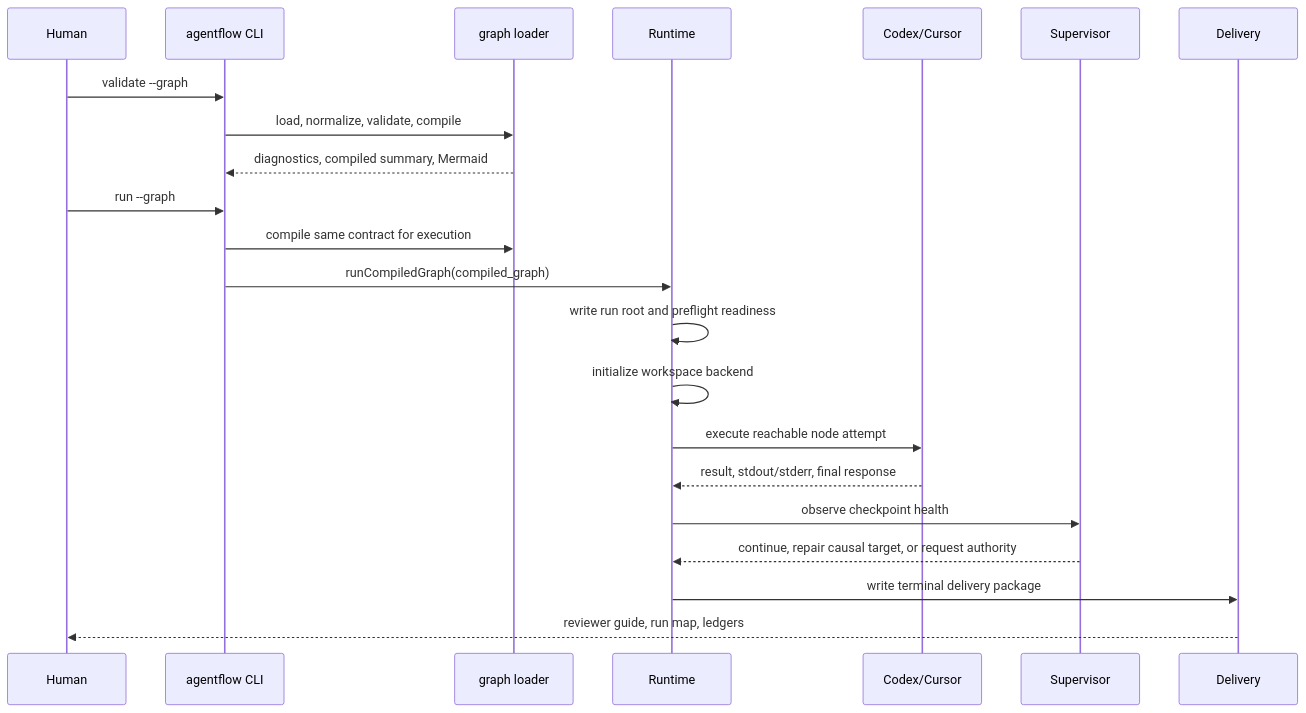
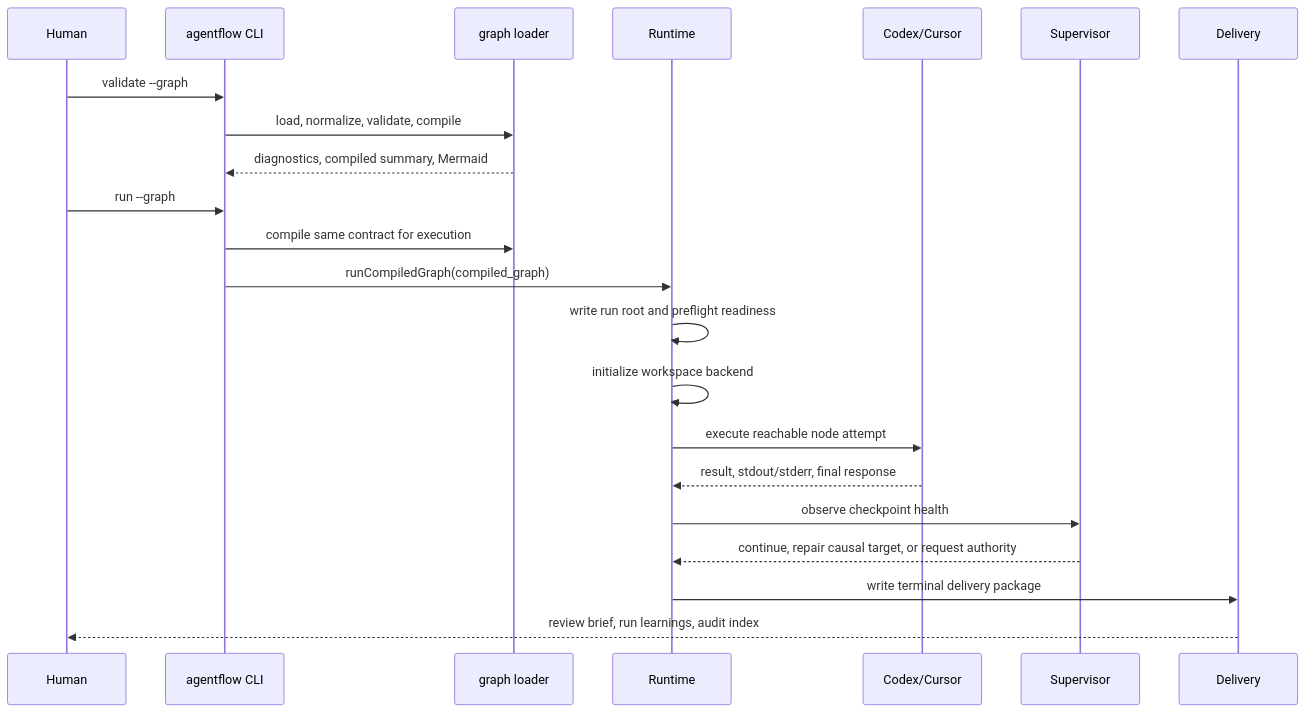
The first of 3 diagrams in docs/technical/runtime-lifecycle.md (koji98/agentflow), drawn with Mermaid before and after one commit. The commit also changed other lines of this file and 39 other files, not shown here.

````diff
--- a/docs/technical/runtime-lifecycle.md
+++ b/docs/technical/runtime-lifecycle.md
@@ -7,25 +7,25 @@
 ```mermaid
 sequenceDiagram
   participant Human
   participant CLI as agentflow CLI
   participant Graph as graph loader
   participant Runtime
   participant Harness as Codex/Cursor
   participant Supervisor
   participant Delivery
 
   Human->>CLI: validate --graph
   CLI->>Graph: load, normalize, validate, compile
   Graph-->>CLI: diagnostics, compiled summary, Mermaid
   Human->>CLI: run --graph
   CLI->>Graph: compile same contract for execution
   CLI->>Runtime: runCompiledGraph(compiled_graph)
   Runtime->>Runtime: write run root and preflight readiness
   Runtime->>Runtime: initialize workspace backend
   Runtime->>Harness: execute reachable node attempt
   Harness-->>Runtime: result, stdout/stderr, final response
   Runtime->>Supervisor: observe checkpoint health
   Supervisor-->>Runtime: continue, repair causal target, or request authority
   Runtime->>Delivery: write terminal delivery package
-  Delivery-->>Human: reviewer guide, run map, ledgers
+  Delivery-->>Human: review brief, run learnings, audit index
 ```
````
